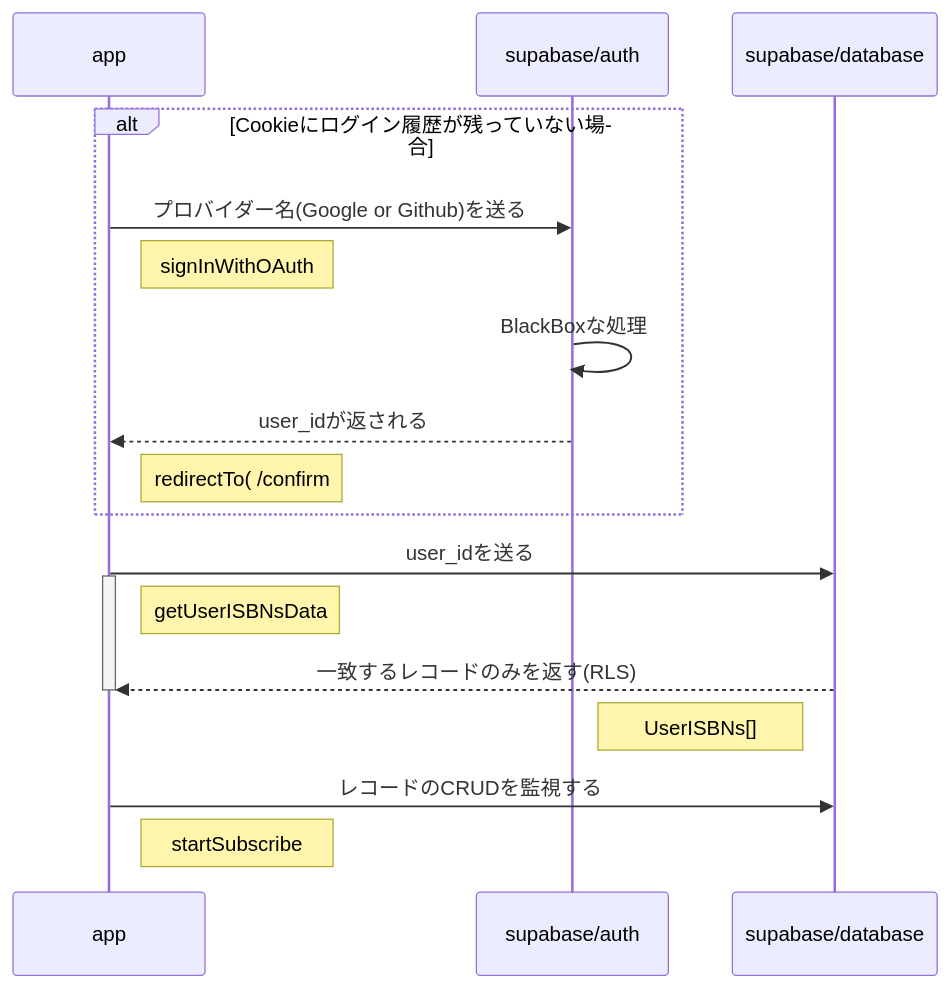
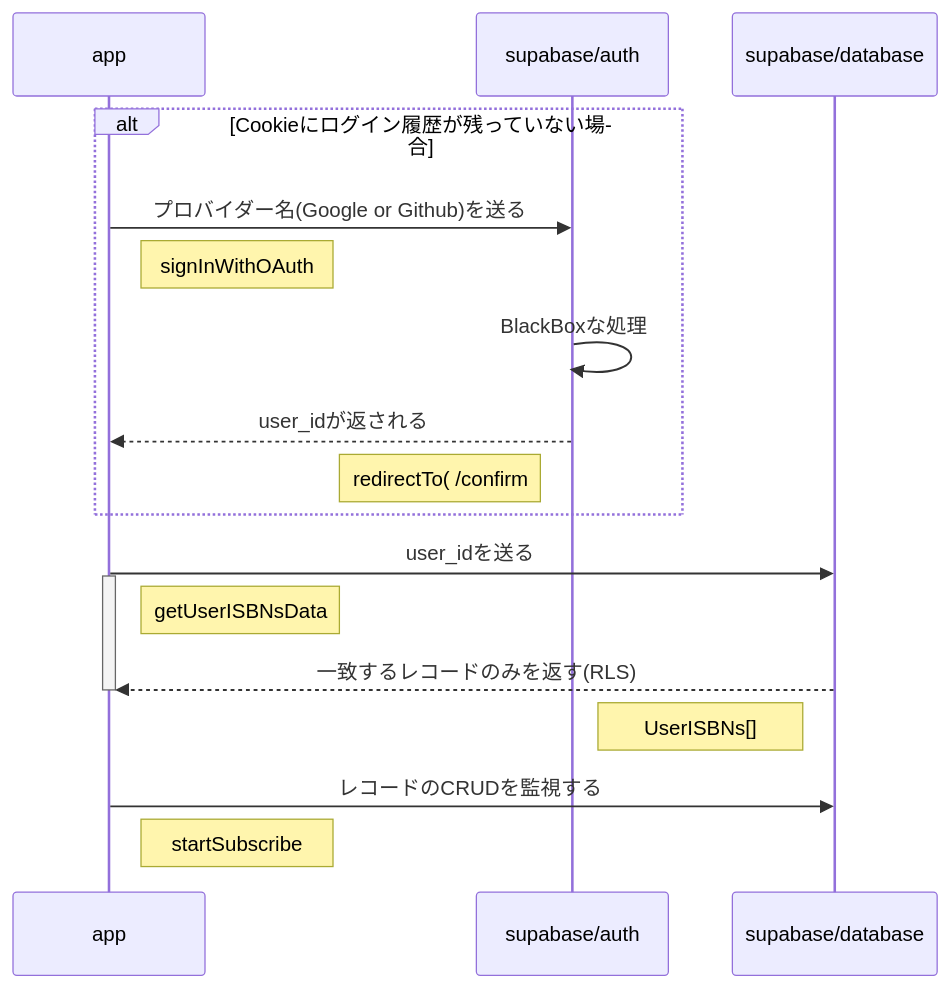
The first of 3 diagrams in README.md (nasubi916/nuxtContentsTest), drawn with Mermaid before and after one commit.

Commit message:
close ReadMe作成 #71

````diff
--- a/README.md
+++ b/README.md
@@ -29,22 +29,22 @@
 ```mermaid
 sequenceDiagram
   participant line_2 as app
   participant line_3 as supabase/auth
     participant line_1 as supabase/database
   alt Cookieにログイン履歴が残っていない場合
     line_2 ->> line_3: プロバイダー名(Google or Github)を送る
     Note right of line_2: signInWithOAuth
     line_3 ->> line_3: BlackBoxな処理
     line_3 -->> line_2: user_idが返される
-    Note right of line_2: redirectTo( /confirm
+    Note left of line_3: redirectTo( /confirm
   end
   line_2 ->> line_1: user_idを送る
   activate line_2
   Note right of line_2: getUserISBNsData
   line_1 -->> line_2: 一致するレコードのみを返す(RLS)
   deactivate line_2
   Note left of line_1: UserISBNs[]
   line_2 ->> line_1: レコードのCRUDを監視する
   Note right of line_2: startSubscribe
 
 ```
````
